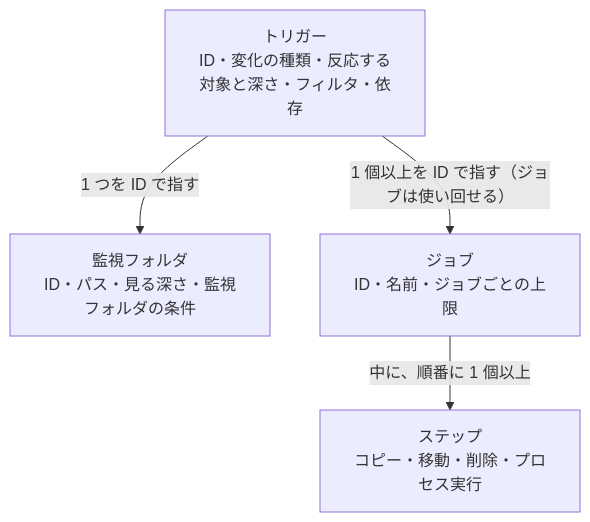
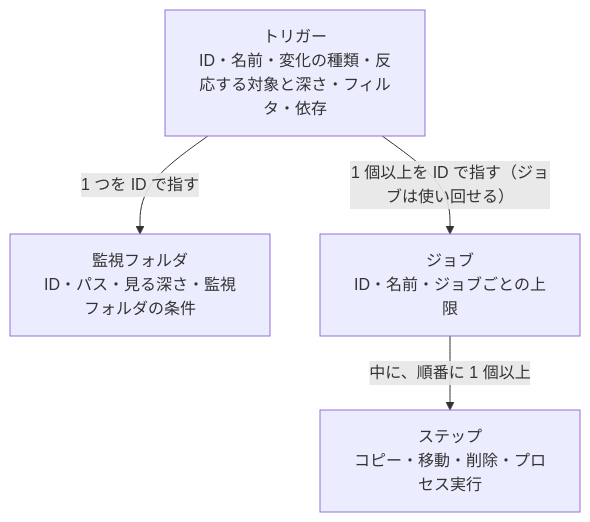
The third of 4 diagrams in docs/design.ja.md (capypara20/Foxonar), drawn with Mermaid before and after one commit. The commit also changed other lines of this file and 3 other files, not shown here.

````diff
--- a/docs/design.ja.md
+++ b/docs/design.ja.md
@@ -163,6 +175,6 @@
 ```mermaid
 flowchart TD
-  trigger["トリガー<br>ID・変化の種類・反応する対象と深さ・フィルタ・依存"] -->|"1 つを ID で指す"| folder["監視フォルダ<br>ID・パス・見る深さ・監視フォルダの条件"]
+  trigger["トリガー<br>ID・名前・変化の種類・反応する対象と深さ・フィルタ・依存"] -->|"1 つを ID で指す"| folder["監視フォルダ<br>ID・パス・見る深さ・監視フォルダの条件"]
   trigger -->|"1 個以上を ID で指す（ジョブは使い回せる）"| job["ジョブ<br>ID・名前・ジョブごとの上限"]
   job -->|"中に、順番に 1 個以上"| step["ステップ<br>コピー・移動・削除・プロセス実行"]
 ```
````
